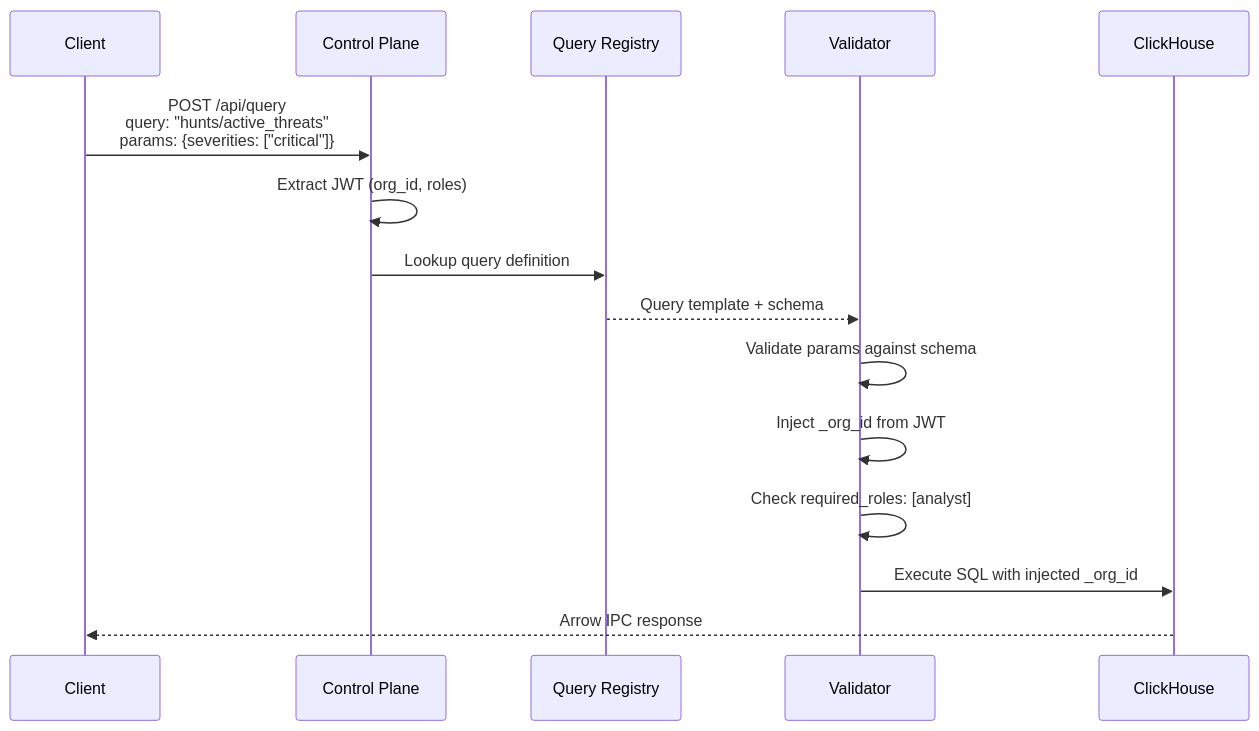
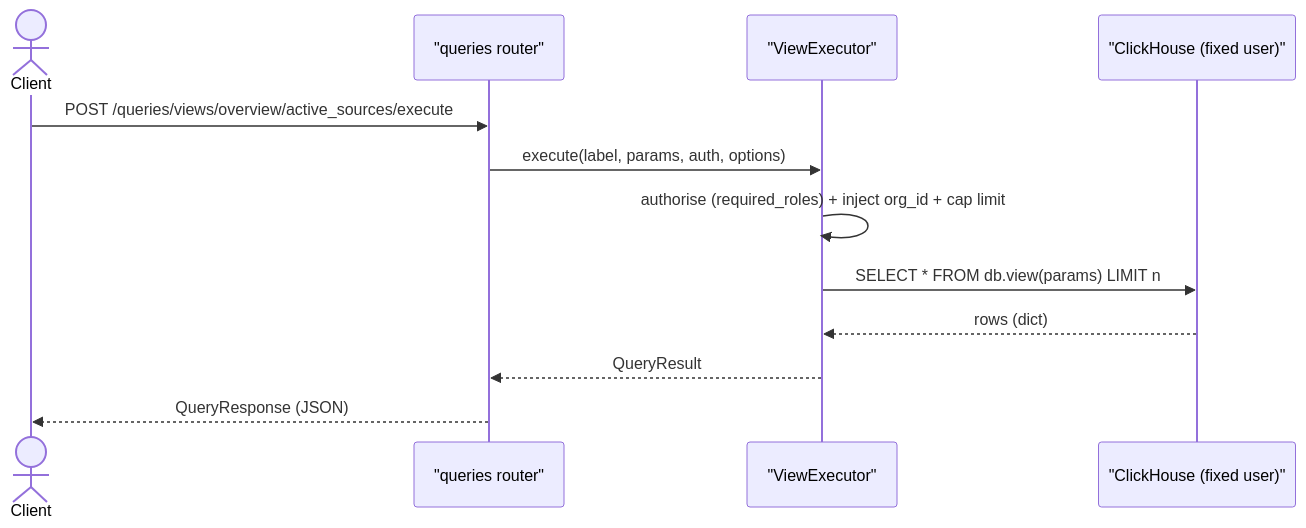
Before and after one commit to hyperi-io/dfe-engine: the diagram in docs/QUERY-API.md, drawn with Mermaid. The commit also changed other lines of this file and 4 other files, not shown here.

````diff
--- a/docs/QUERY-API.md
+++ b/docs/QUERY-API.md
@@ -45,18 +30,14 @@
 ```mermaid
 sequenceDiagram
-    participant C as Client
-    participant CP as Control Plane
-    participant QR as Query Registry
-    participant V as Validator
-    participant DB as ClickHouse
-
-    C->>CP: POST /api/query<br/>query: "hunts/active_threats"<br/>params: {severities: ["critical"]}
-    CP->>CP: Extract JWT (org_id, roles)
-    CP->>QR: Lookup query definition
-    QR-->>V: Query template + schema
-    V->>V: Validate params against schema
-    V->>V: Inject _org_id from JWT
-    V->>V: Check required_roles: [analyst]
-    V->>DB: Execute SQL with injected _org_id
-    DB-->>C: Arrow IPC response
+    actor Client
+    participant API as "queries router"
+    participant Exec as "ViewExecutor"
+    participant CH as "ClickHouse (fixed user)"
+    Client->>API: POST /queries/views/overview/active_sources/execute
+    API->>Exec: execute(label, params, auth, options)
+    Exec->>Exec: authorise (required_roles) + inject org_id + cap limit
+    Exec->>CH: SELECT * FROM db.view(params) LIMIT n
+    CH-->>Exec: rows (dict)
+    Exec-->>API: QueryResult
+    API-->>Client: QueryResponse (JSON)
 ```
````
